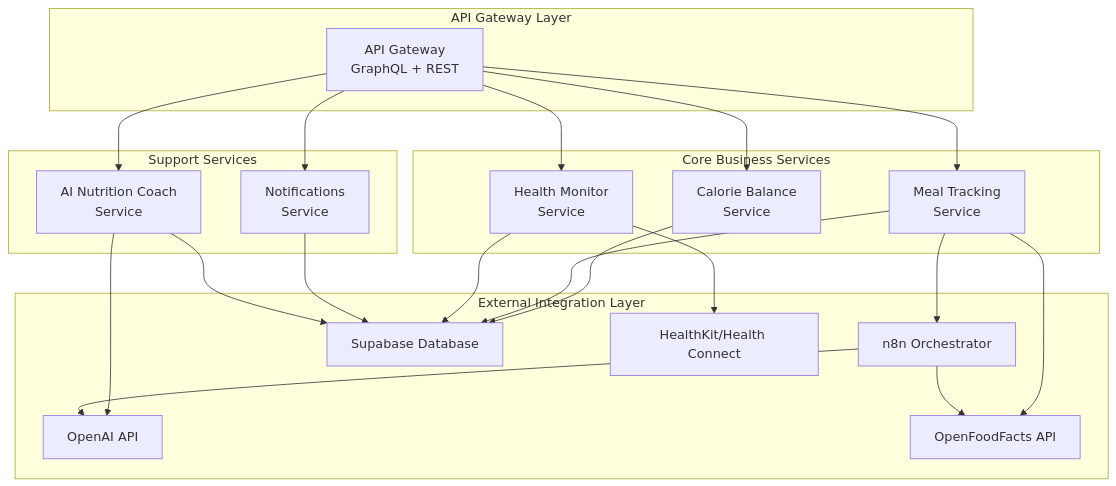
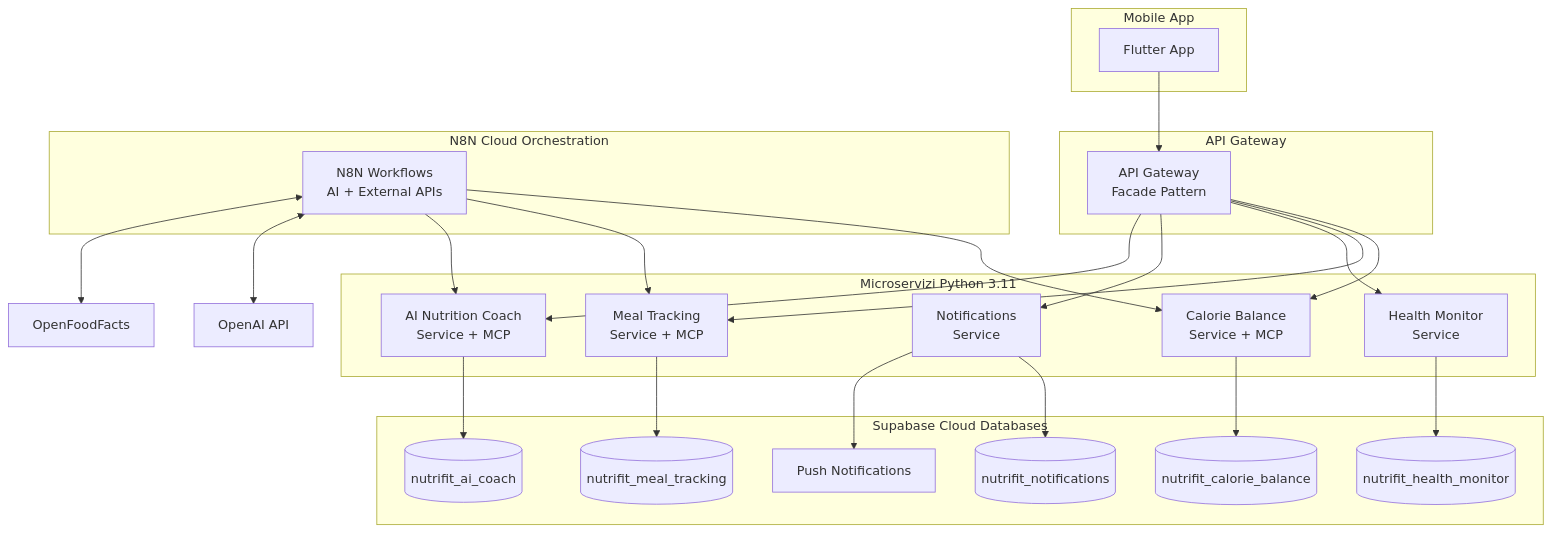
Before and after one commit to giamma80/gymbro-platform: the diagram in docs/microservizi_python.md, drawn with Mermaid. The commit also changed other lines of this file and 10 other files, not shown here.

````diff
--- a/docs/microservizi_python.md
+++ b/docs/microservizi_python.md
@@ -20,44 +21,51 @@
 ```mermaid
 graph TB
-    subgraph "API Gateway Layer"
-        GW[API Gateway<br/>GraphQL + REST]
+    subgraph "Mobile App"
+        FLUTTER[Flutter App]
     end
     
-    subgraph "Core Business Services"
-        CB[Calorie Balance<br/>Service]
-        MT[Meal Tracking<br/>Service]
-        HM[Health Monitor<br/>Service]
+    subgraph "API Gateway"
+        GATEWAY[API Gateway<br/>Facade Pattern]
     end
     
-    subgraph "Support Services"
-        NS[Notifications<br/>Service]
-        AI[AI Nutrition Coach<br/>Service]
+    subgraph "N8N Cloud Orchestration"
+        N8N[N8N Workflows<br/>AI + External APIs]
     end
     
-    subgraph "External Integration Layer"
-        N8N[n8n Orchestrator]
-        SUPABASE[Supabase Database]
-        OPENAI[OpenAI API]
-        OFF[OpenFoodFacts API]
-        HK[HealthKit/Health Connect]
+    subgraph "Microservizi Python 3.11"
+        CB[Calorie Balance<br/>Service + MCP]
+        MT[Meal Tracking<br/>Service + MCP]
+        HM[Health Monitor<br/>Service]
+        NS[Notifications<br/>Service]
+        AI[AI Nutrition Coach<br/>Service + MCP]
     end
     
-    GW --> CB
-    GW --> MT
-    GW --> HM
-    GW --> NS
-    GW --> AI
+    subgraph "Supabase Cloud Databases"
+        DB1[(nutrifit_calorie_balance)]
+        DB2[(nutrifit_meal_tracking)]
+        DB3[(nutrifit_health_monitor)]
+        DB4[(nutrifit_notifications)]
+        DB5[(nutrifit_ai_coach)]
+        PUSH[Push Notifications]
+    end
     
-    CB --> SUPABASE
-    MT --> SUPABASE
-    MT --> OFF
-    MT --> N8N
-    HM --> SUPABASE
-    HM --> HK
-    NS --> SUPABASE
-    AI --> SUPABASE
-    AI --> OPENAI
+    FLUTTER --> GATEWAY
+    GATEWAY --> CB
+    GATEWAY --> MT
+    GATEWAY --> HM
+    GATEWAY --> NS
+    GATEWAY --> AI
     
-    N8N --> OFF
-    N8N --> OPENAI
+    N8N --> CB
+    N8N --> MT
+    N8N --> AI
+    N8N <--> OPENAI[OpenAI API]
+    N8N <--> OFF[OpenFoodFacts]
+    
+    CB --> DB1
+    MT --> DB2
+    HM --> DB3
+    NS --> DB4
+    AI --> DB5
+    NS --> PUSH
 ```
````
